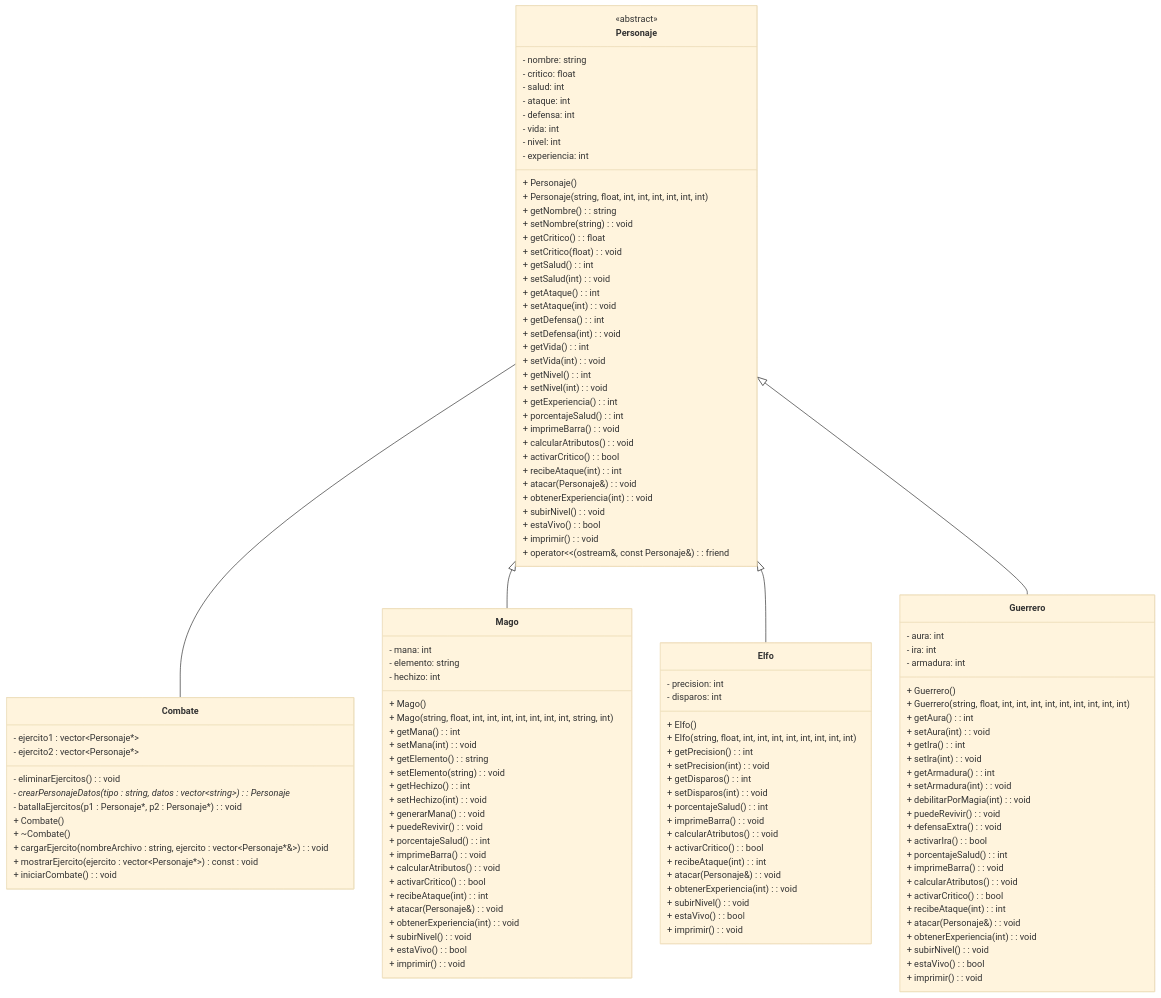
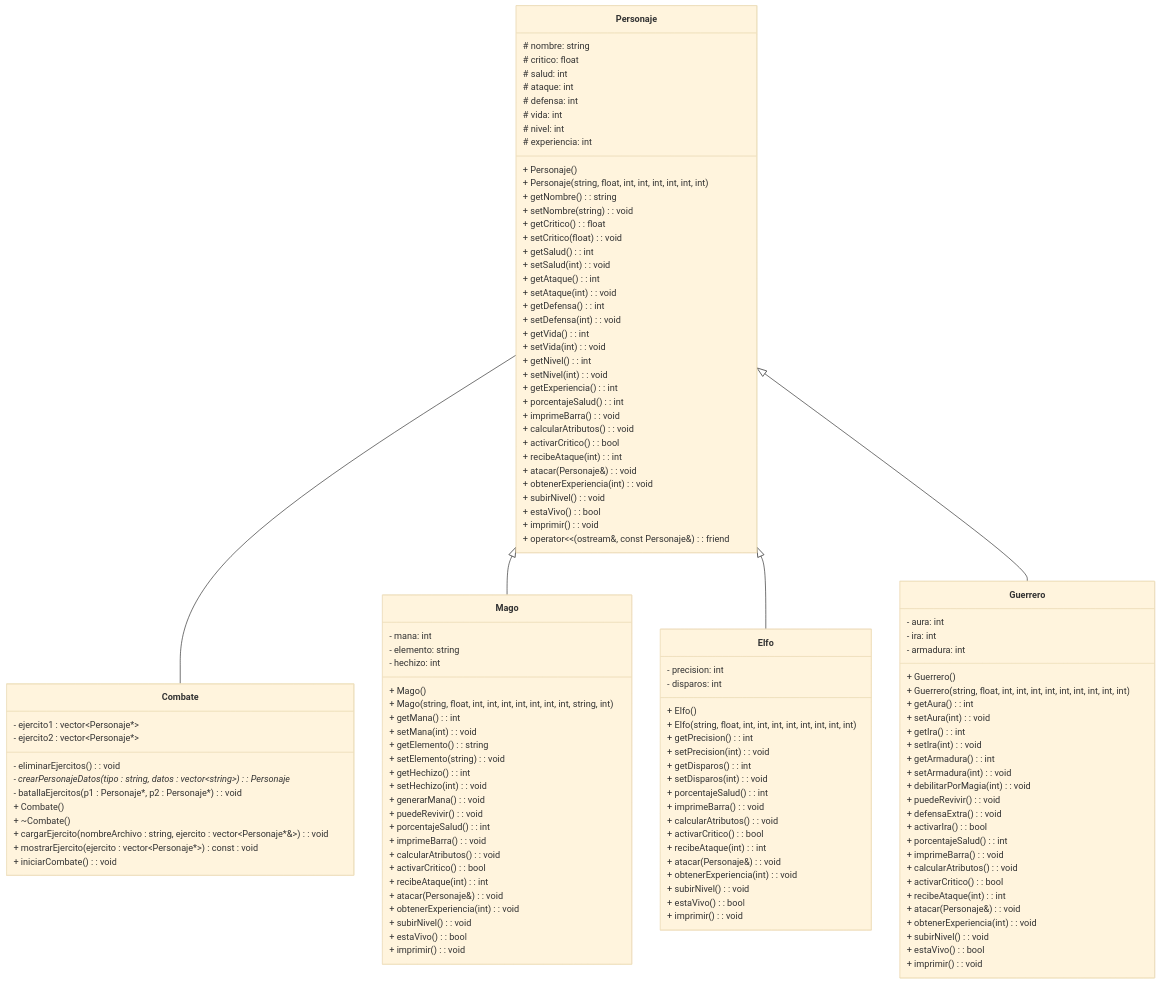
Before and after one commit to MiguelMonroy-hub/Proyecto_A01739891: the diagram in assignments/Proyecto/README.md, drawn with Mermaid (base theme).

Commit message:
Correcion en el diagrama UML

```diff
--- a/assignments/Proyecto/README.md
+++ b/assignments/Proyecto/README.md
@@ -18,15 +18,15 @@
     Personaje <|-- Guerrero
 
 class Personaje {
-    <<abstract>>
-    - nombre: string
-    - critico: float
-    - salud: int
-    - ataque: int
-    - defensa: int
-    - vida: int
-    - nivel: int
-    - experiencia: int
+    
+    # nombre: string
+    # critico: float
+    # salud: int
+    # ataque: int
+    # defensa: int
+    # vida: int
+    # nivel: int
+    # experiencia: int
 
     + Personaje()
     + Personaje(string, float, int, int, int, int, int, int)
```
